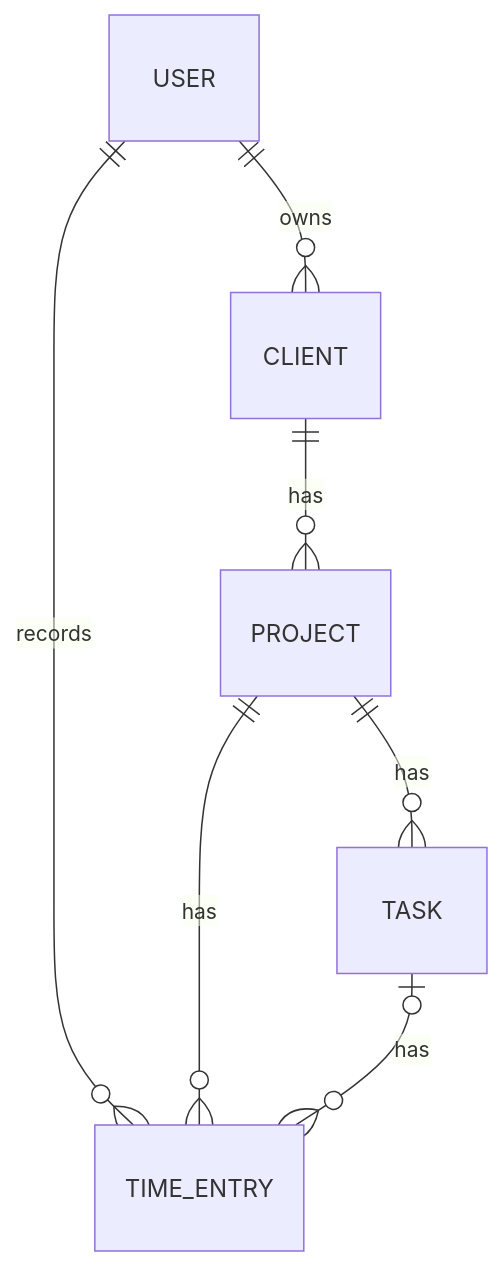
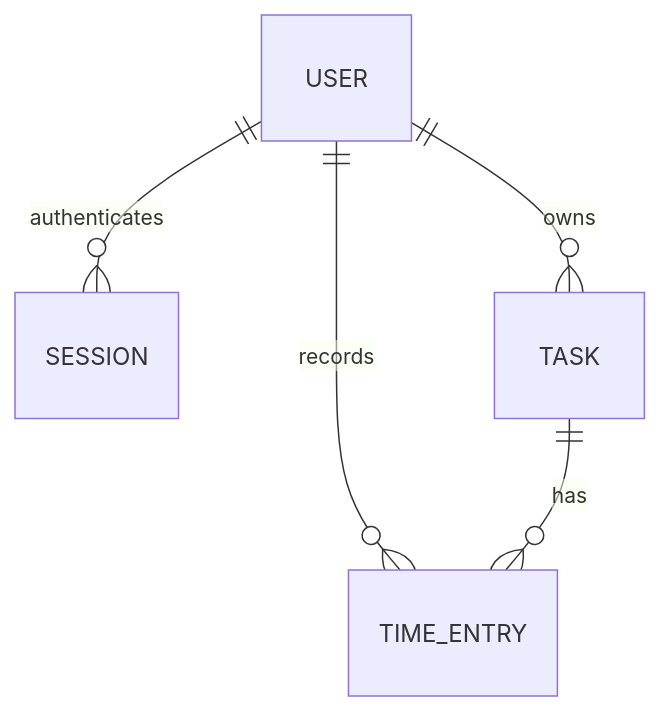
Before and after one commit to pablovrl/simple-time-tracker: the diagram in docs/data-model.md, drawn with Mermaid.

Commit message:
refactor(docs): update data model to remove client and project relationships

````diff
--- a/docs/data-model.md
+++ b/docs/data-model.md
@@ -1,9 +1,7 @@
 ```mermaid
 erDiagram
-    USER ||--o{ CLIENT : owns
-    CLIENT ||--o{ PROJECT : has
-    PROJECT ||--o{ TASK : has
+    USER ||--o{ SESSION : authenticates
+    USER ||--o{ TASK : owns
     USER ||--o{ TIME_ENTRY : records
-    PROJECT ||--o{ TIME_ENTRY : has
-    TASK o|--o{ TIME_ENTRY : has
+    TASK ||--o{ TIME_ENTRY : has
 ```
````
